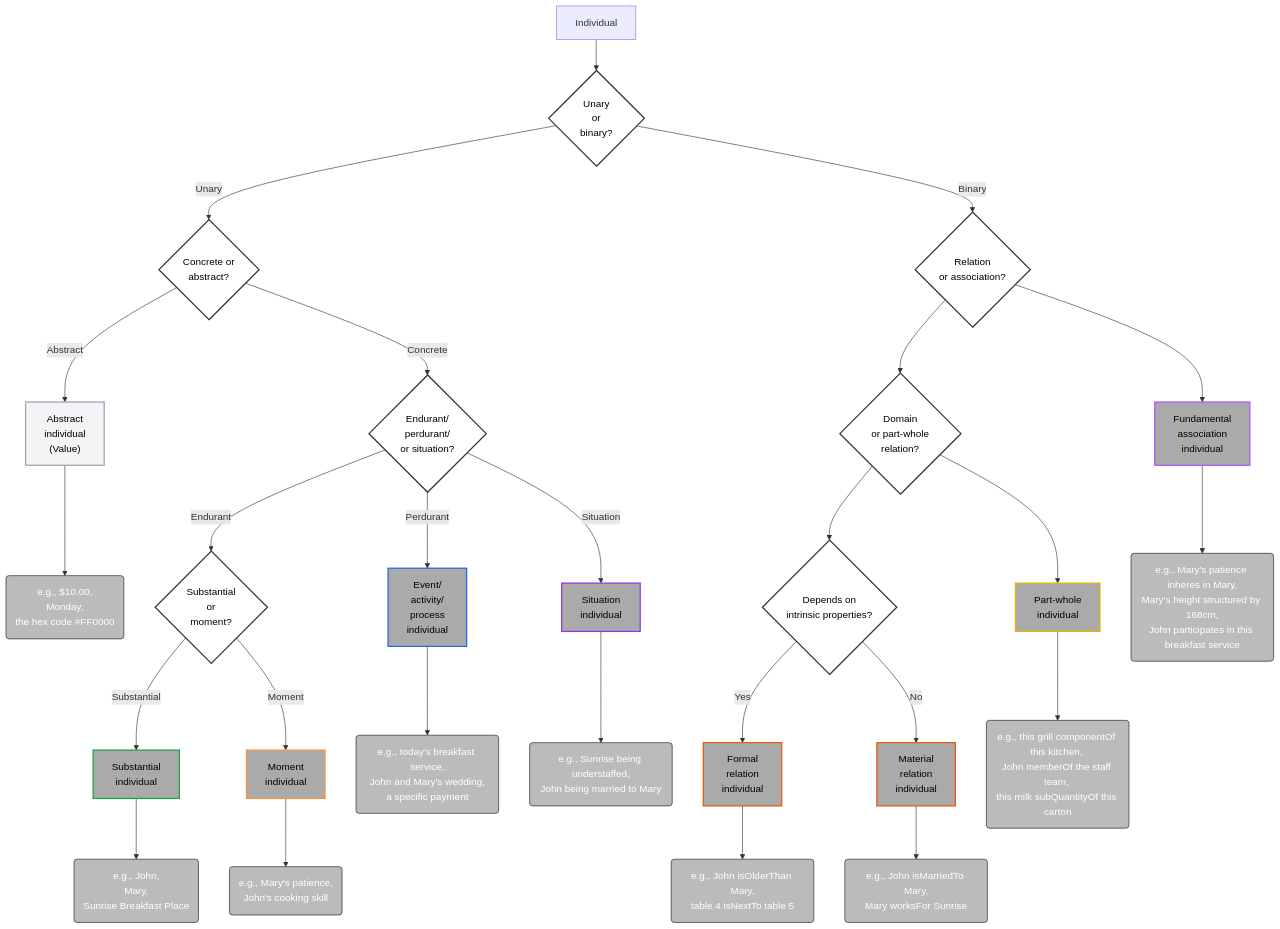
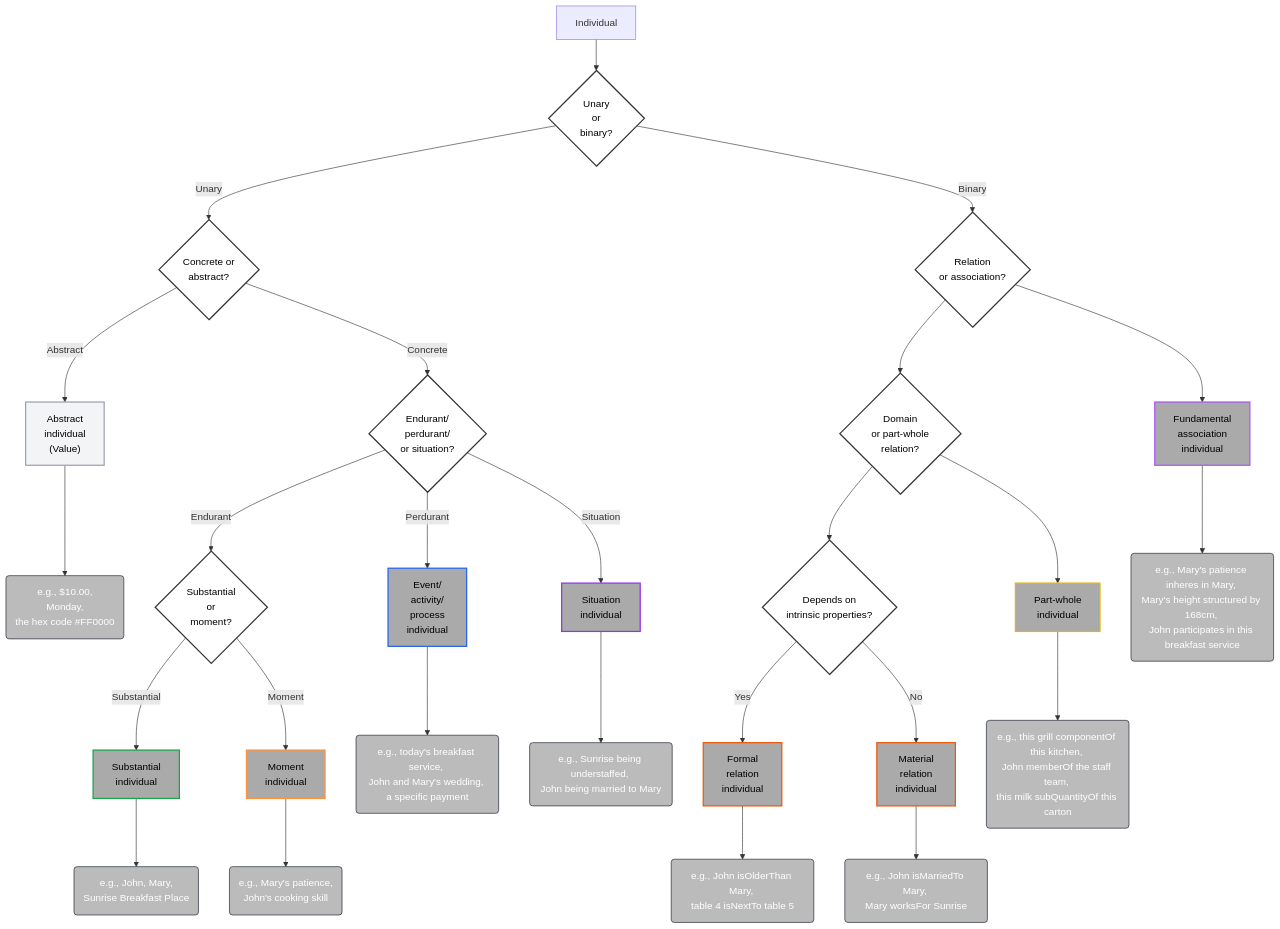
The diagram in decision-tree/01-Individual.mermaid (spdrnl/UFO-Modeling-Decision-Tree), drawn with Mermaid before and after one commit. The commit also changed 29 other files, not shown here.

```diff
--- a/decision-tree/01-Individual.mermaid
+++ b/decision-tree/01-Individual.mermaid
@@ -1,83 +1,83 @@
 flowchart TD
     A[Individual] --> I_UB{Unary \nor \nbinary?}
 
     %% UNARY INDIVIDUALS
     I_UB -->|Unary| I_COA{Concrete or \nabstract?}
 
     %% ABSTRACT INDIVIDUALS
     I_COA -->|Abstract| I_ABS["Abstract \nindividual \n(Value)"]
     I_ABS_ex("e.g., $10.00, \nMonday, \nthe hex code #FF0000"):::example
     I_ABS --> I_ABS_ex
 
     %% CONCRETE INDIVIDUALS
     I_COA -->|Concrete| I0{Endurant/\nperdurant/\nor situation?}
 
     I0 -->|Endurant| IE{Substantial \nor \nmoment?}
     I0 -->|Perdurant| IP[Event/\nactivity/\nprocess\nindividual]
     I0 -->|Situation| ISIT[Situation\nindividual]
 
     IE -->|Substantial| IES[Substantial\nindividual]
     IE -->|Moment| IIM[Moment\nindividual]
 
     %% BINARY INDIVIDUALS (RELATIONS/ASSOCIATIONS)
     I_UB -->|Binary| ROA{"Relation \nor association?"}
 
     ROA --> DOPR{"Domain \nor part-whole \nrelation?"}
     ROA --> FA["Fundamental \nassociation \nindividual"]
 
     %% DOMAIN RELATIONS - INDIVIDUAL LEVEL
     DOPR --> DR{Depends on \nintrinsic properties?}
     DR -->|Yes| FORI[Formal \nrelation\nindividual]
     DR -->|No| MATI[Material \nrelation\nindividual]
 
     %% PART-WHOLE RELATIONS - INDIVIDUAL LEVEL
     DOPR --> PWI[Part-whole \nindividual]
 
 
     %% EXAMPLES
-    IES_ex("e.g., John,\nMary,\nSunrise Breakfast Place"):::example
+    IES_ex("e.g., John, Mary, \nSunrise Breakfast Place"):::example
     IES --> IES_ex
 
-    IIM_ex("e.g., Mary's patience,\nJohn's cooking skill"):::example
+    IIM_ex("e.g., Mary's patience, \nJohn's cooking skill"):::example
     IIM --> IIM_ex
 
-    IP_ex("e.g., today's breakfast service,\nJohn and Mary's wedding,\na specific payment"):::example
+    IP_ex("e.g., today's breakfast service, \nJohn and Mary's wedding, \na specific payment"):::example
     IP --> IP_ex
 
-    ISIT_ex("e.g., Sunrise being understaffed,\nJohn being married to Mary"):::example
+    ISIT_ex("e.g., Sunrise being understaffed, \nJohn being married to Mary"):::example
     ISIT --> ISIT_ex
 
-    FORI_ex("e.g., John isOlderThan Mary,\ntable 4 isNextTo table 5"):::example
+    FORI_ex("e.g., John isOlderThan Mary, \ntable 4 isNextTo table 5"):::example
     FORI --> FORI_ex
 
-    MATI_ex("e.g., John isMarriedTo Mary,\nMary worksFor Sunrise"):::example
+    MATI_ex("e.g., John isMarriedTo Mary, \nMary worksFor Sunrise"):::example
     MATI --> MATI_ex
 
-    FA_ex("e.g., Mary's patience inheres in Mary,\nMary's height structured by 168cm,\nJohn participates in this breakfast service"):::example
+    FA_ex("e.g., Mary's patience inheres in Mary, \nMary's height structured by 168cm, \nJohn participates in this breakfast service"):::example
     FA --> FA_ex
 
     PWI_ex("e.g., this grill componentOf this kitchen, \nJohn memberOf the staff team, \nthis milk subQuantityOf this carton"):::example
     PWI --> PWI_ex
 
     %% CLASSES
     classDef example fill:#BBBBBB,stroke:#111827,stroke-width:1px,color:#fff;
     classDef generic fill:#ffffff,stroke:#333,stroke-width:2px,color:#000;
     classDef perdurant fill:#aaaaaa,stroke:#2563eb,stroke-width:2px,color:#000;
     classDef substantial fill:#aaaaaa,stroke:#16a34a,stroke-width:2px,color:#000;
     classDef intrinsic fill:#aaaaaa,stroke:#fb923c,stroke-width:2px,color:#000;
     classDef relator fill:#aaaaaa,stroke:#ea580c,stroke-width:2px,color:#000;
     classDef meronymic fill:#aaaaaa,stroke:#eab308,stroke-width:2px,color:#000;
     classDef fundamental fill:#aaaaaa,stroke:#a855f7,stroke-width:2px,color:#000;
     classDef abstract fill:#f3f4f6,stroke:#9ca3af,stroke-width:2px,color:#000;
     classDef situation fill:#aaaaaa,stroke:#9333ea,stroke-width:2px,color:#000;
 
     %% Apply styles
     class I_UB,I_COA,I0,IE,ROA,DOPR,DR,PWI,FA1 generic;
     class IP perdurant;
     class IES substantial;
     class I_ABS abstract;
     class IIM intrinsic;
     class FORI,MATI relator;
     class PWI meronymic;
     class FA,INHER,MEDI,PARTI,STRU fundamental;
     class ISIT situation;
```
